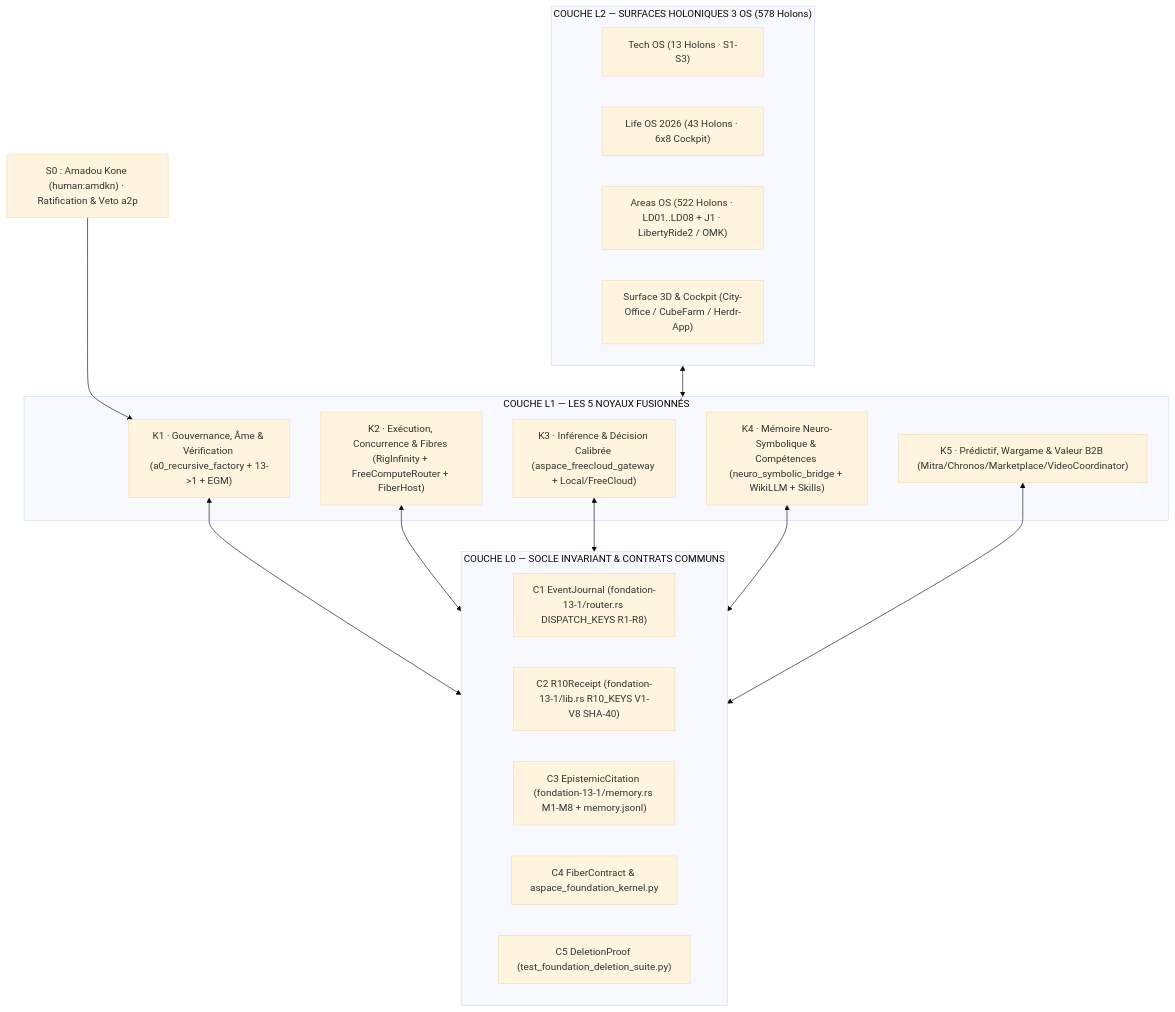
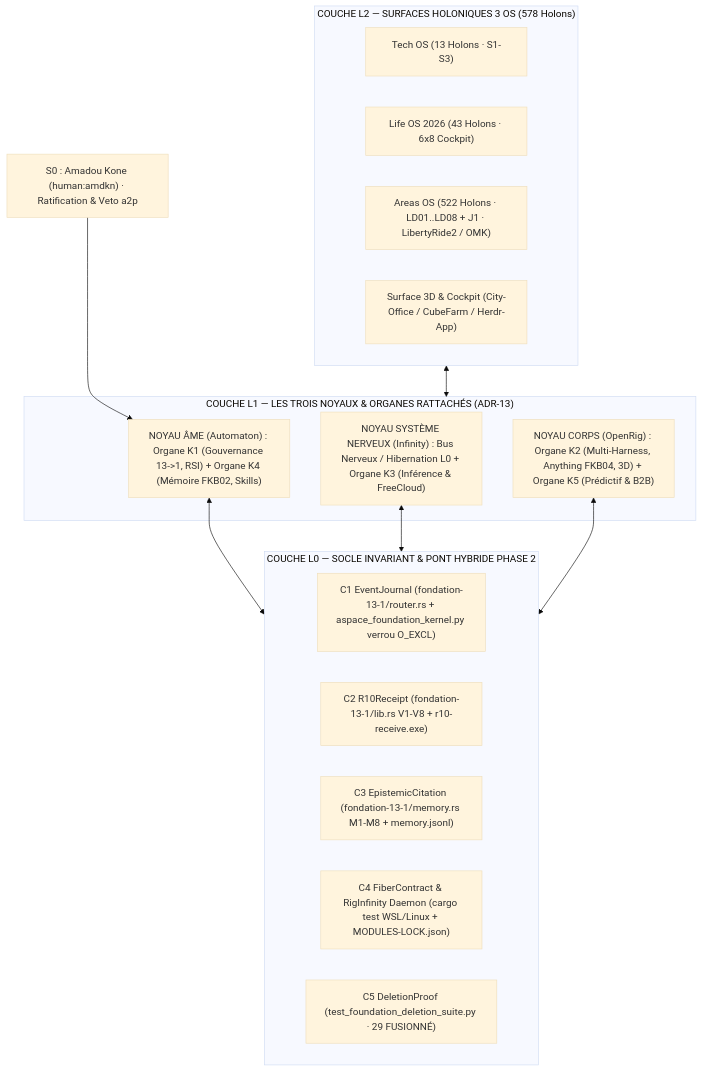
Before and after one commit to Amdkn/Aspace_OS_V5: the diagram in 00_Memoire/bundle/fusion/SDD-FONDATION.md, drawn with Mermaid (base theme). The commit also changed other lines of this file and 17 other files, not shown here.

Commit message:
feat(fusion-cycle-4): ADR-13 three kernels, local Rust 100+105 green, FKB04+FKB02 deletion 3->29/120

````diff
--- a/00_Memoire/bundle/fusion/SDD-FONDATION.md
+++ b/00_Memoire/bundle/fusion/SDD-FONDATION.md
@@ -13,31 +13,27 @@
 ```mermaid
 flowchart TB
     S0["S0 : Amadou Kone (human:amdkn) · Ratification & Veto a2p"]
     subgraph L2["COUCHE L2 — SURFACES HOLONIQUES 3 OS (578 Holons)"]
         T["Tech OS (13 Holons · S1-S3)"]
         L["Life OS 2026 (43 Holons · 6x8 Cockpit)"]
         A["Areas OS (522 Holons · LD01..LD08 + J1 · LibertyRide2 / OMK)"]
         W3D["Surface 3D & Cockpit (City-Office / CubeFarm / Herdr-App)"]
     end
-    subgraph L1["COUCHE L1 — LES 5 NOYAUX FUSIONNÉS"]
-        K1["K1 · Gouvernance, Âme & Vérification (a0_recursive_factory + 13->1 + EGM)"]
-        K2["K2 · Exécution, Concurrence & Fibres (RigInfinity + FreeComputeRouter + FiberHost)"]
-        K3["K3 · Inférence & Décision Calibrée (aspace_freecloud_gateway + Local/FreeCloud)"]
-        K4["K4 · Mémoire Neuro-Symbolique & Compétences (neuro_symbolic_bridge + WikiLLM + Skills)"]
-        K5["K5 · Prédictif, Wargame & Valeur B2B (Mitra/Chronos/Marketplace/VideoCoordinator)"]
+    subgraph L1["COUCHE L1 — LES TROIS NOYAUX & ORGANES RATTACHÉS (ADR-13)"]
+        AME["NOYAU ÂME (Automaton) : Organe K1 (Gouvernance 13->1, RSI) + Organe K4 (Mémoire FKB02, Skills)"]
+        SN["NOYAU SYSTÈME NERVEUX (Infinity) : Bus Nerveux / Hibernation L0 + Organe K3 (Inférence & FreeCloud)"]
+        CORPS["NOYAU CORPS (OpenRig) : Organe K2 (Multi-Harness, Anything FKB04, 3D) + Organe K5 (Prédictif & B2B)"]
     end
-    subgraph L0["COUCHE L0 — SOCLE INVARIANT & CONTRATS COMMUNS"]
-        C1["C1 EventJournal (fondation-13-1/router.rs DISPATCH_KEYS R1-R8)"]
-        C2["C2 R10Receipt (fondation-13-1/lib.rs R10_KEYS V1-V8 SHA-40)"]
+    subgraph L0["COUCHE L0 — SOCLE INVARIANT & PONT HYBRIDE PHASE 2"]
+        C1["C1 EventJournal (fondation-13-1/router.rs + aspace_foundation_kernel.py verrou O_EXCL)"]
+        C2["C2 R10Receipt (fondation-13-1/lib.rs V1-V8 + r10-receive.exe)"]
         C3["C3 EpistemicCitation (fondation-13-1/memory.rs M1-M8 + memory.jsonl)"]
-        C4["C4 FiberContract & aspace_foundation_kernel.py"]
-        C5["C5 DeletionProof (test_foundation_deletion_suite.py)"]
+        C4["C4 FiberContract & RigInfinity Daemon (cargo test WSL/Linux + MODULES-LOCK.json)"]
+        C5["C5 DeletionProof (test_foundation_deletion_suite.py · 29 FUSIONNÉ)"]
     end
-    S0 --> K1
+    S0 --> AME
     L2 <--> L1
-    K1 <--> L0
-    K2 <--> L0
-    K3 <--> L0
-    K4 <--> L0
-    K5 <--> L0
+    AME <--> L0
+    SN <--> L0
+    CORPS <--> L0
 ```
````
